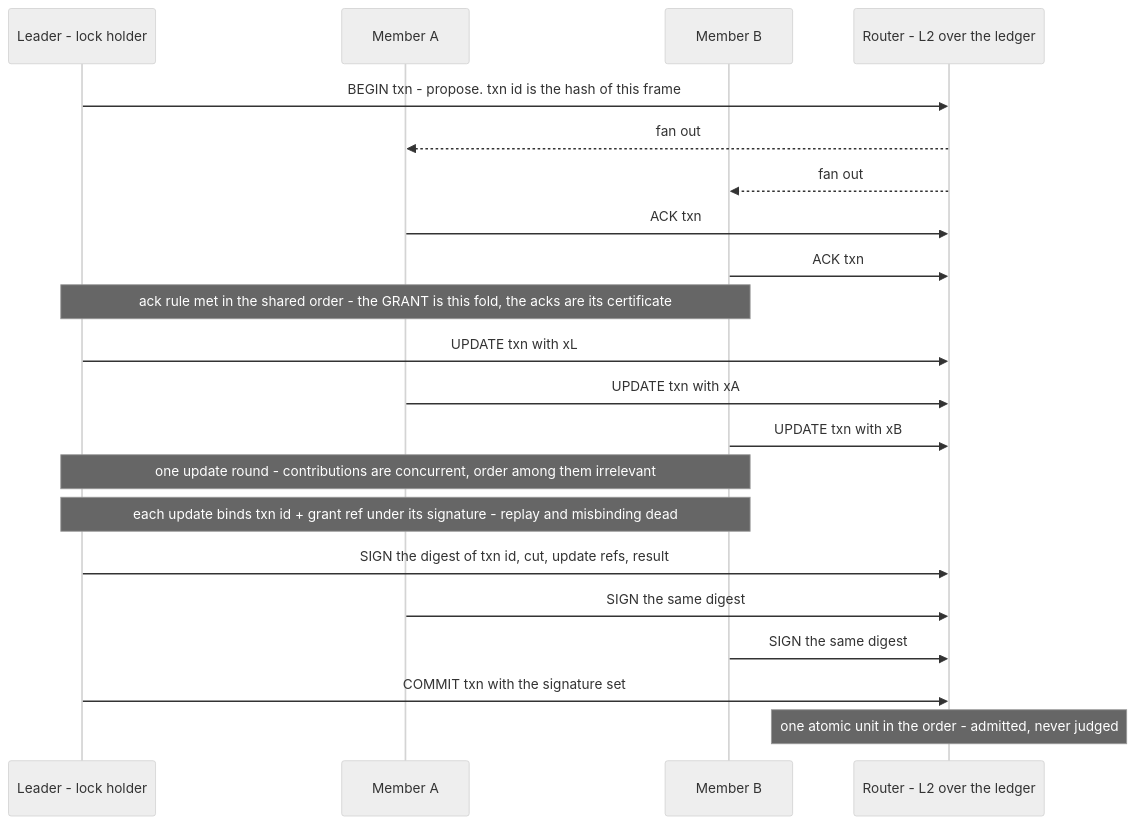
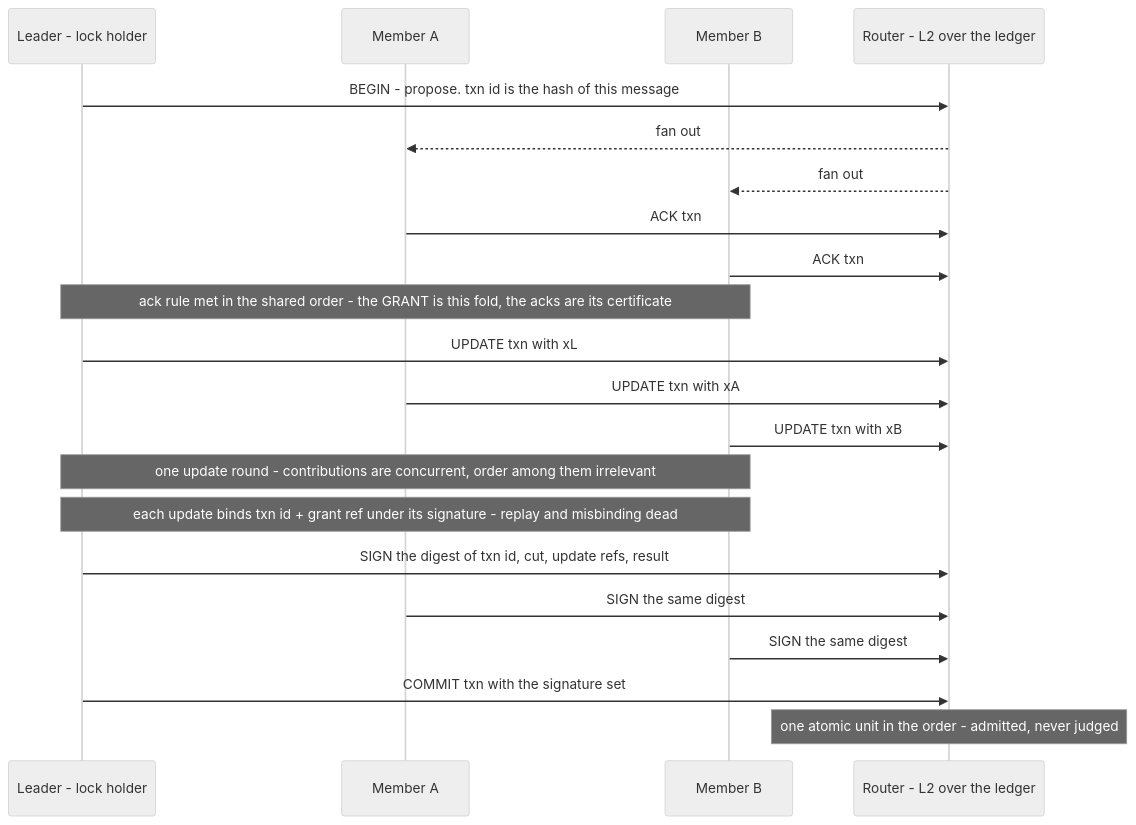
Before and after one commit to chughtapan/moltzap: the first of 2 diagrams in docs/spec/data-plane.md, drawn with Mermaid (neutral theme). The commit also changed other lines of this file and 13 other files, not shown here.

````diff
--- a/docs/spec/data-plane.md
+++ b/docs/spec/data-plane.md
@@ -116,23 +116,23 @@
 ```mermaid
 sequenceDiagram
   participant L as Leader - lock holder
   participant A as Member A
   participant B as Member B
   participant R as Router - L2 over the ledger
-  L->>R: BEGIN txn - propose. txn id is the hash of this frame
+  L->>R: BEGIN - propose. txn id is the hash of this message
   R-->>A: fan out
   R-->>B: fan out
   A->>R: ACK txn
   B->>R: ACK txn
   Note over L,B: ack rule met in the shared order - the GRANT is this fold, the acks are its certificate
   L->>R: UPDATE txn with xL
   A->>R: UPDATE txn with xA
   B->>R: UPDATE txn with xB
   Note over L,B: one update round - contributions are concurrent, order among them irrelevant
   Note over L,B: each update binds txn id + grant ref under its signature - replay and misbinding dead
   L->>R: SIGN the digest of txn id, cut, update refs, result
   A->>R: SIGN the same digest
   B->>R: SIGN the same digest
   L->>R: COMMIT txn with the signature set
   Note over R: one atomic unit in the order - admitted, never judged
 ```
````
